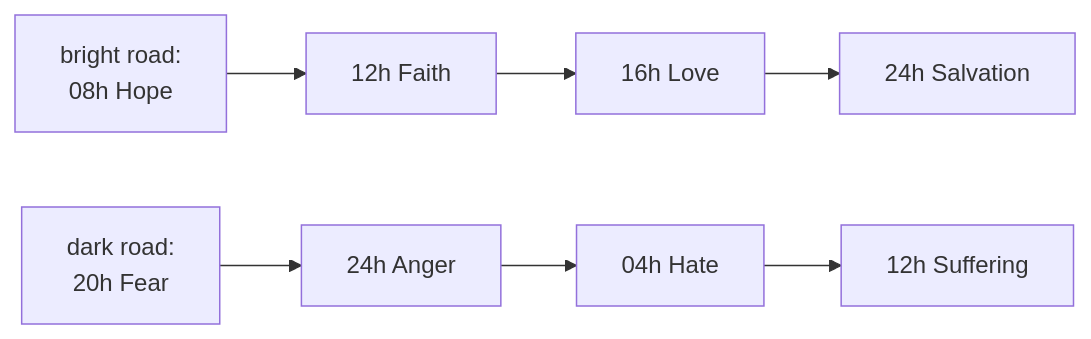
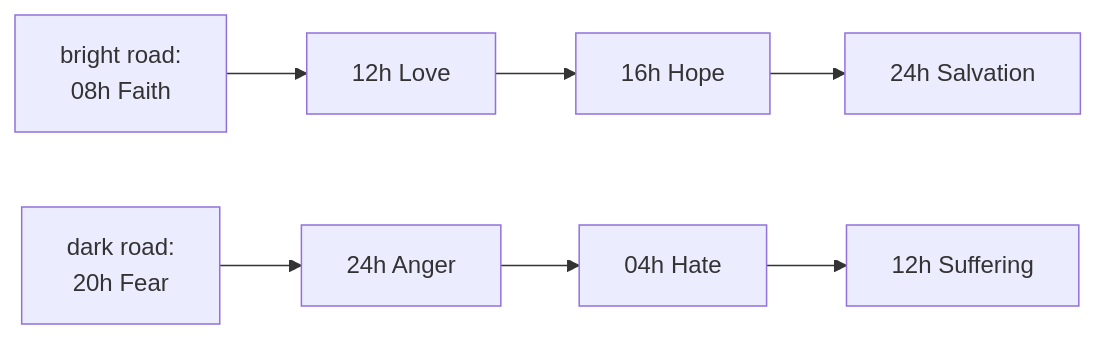
One commit to UVuruna/Watch-Academy changed the diagram in render/__flow/canon_diagrams.md. Above: the diagram before and after it, drawn with Mermaid. The commit also changed 8 other files, not shown here.

````diff
--- a/render/__flow/canon_diagrams.md
+++ b/render/__flow/canon_diagrams.md
@@ -7,5 +7,5 @@
 ```mermaid
 flowchart LR
-    A["bright road:\n08h Hope"] --> B["12h Faith"] --> C["16h Love"] --> D["24h Salvation"]
+    A["bright road:\n08h Faith"] --> B["12h Love"] --> C["16h Hope"] --> D["24h Salvation"]
     E["dark road:\n20h Fear"] --> F["24h Anger"] --> G["04h Hate"] --> H["12h Suffering"]
 ```
````
